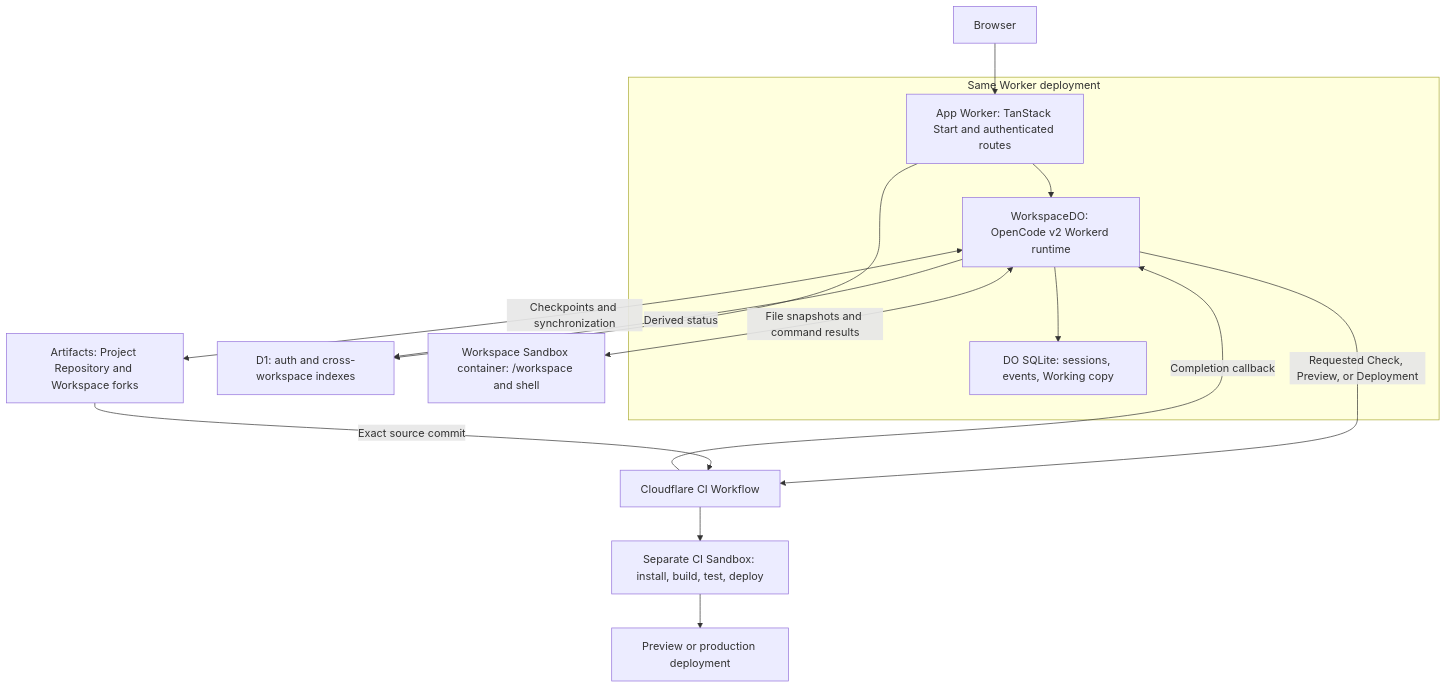
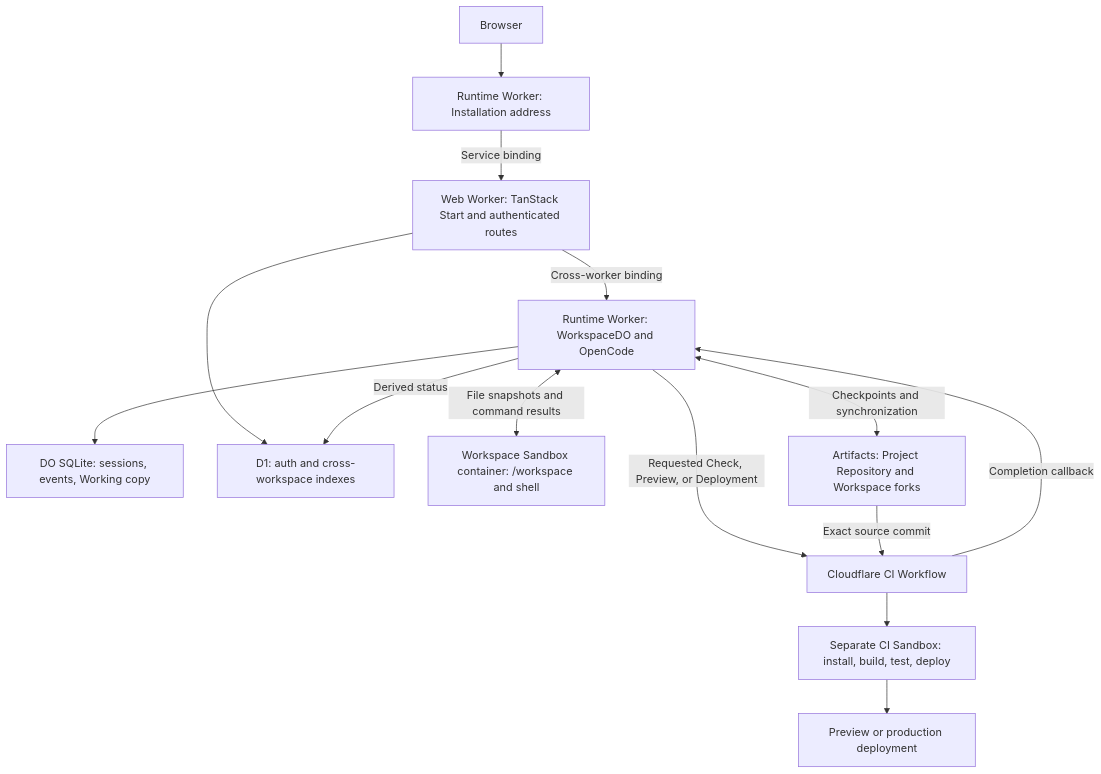
Before and after one commit to kcc989/sylph: the diagram in README.md, drawn with Mermaid. The commit also changed other lines of this file and 80 other files, not shown here.

First line of the commit message:
Separate web and runtime Workers and fix the release smoke path (#85)

````diff
--- a/README.md
+++ b/README.md
@@ -27,17 +27,16 @@
 ```mermaid
 flowchart TD
-    UI["Browser"] --> API["App Worker: TanStack Start and authenticated routes"]
-    subgraph APP["Same Worker deployment"]
-        API --> DO["WorkspaceDO: OpenCode v2 Workerd runtime"]
-        DO --> SQL["DO SQLite: sessions, events, Working copy"]
-    end
+    UI["Browser"] --> ENTRY["Runtime Worker: Installation address"]
+    ENTRY -->|"Service binding"| API["Web Worker: TanStack Start and authenticated routes"]
+    API -->|"Cross-worker binding"| DO["Runtime Worker: WorkspaceDO and OpenCode"]
+    DO --> SQL["DO SQLite: sessions, events, Working copy"]
     API --> D1["D1: auth and cross-workspace indexes"]
     DO -->|"Derived status"| D1
     DO <-->|"File snapshots and command results"| WS["Workspace Sandbox container: /workspace and shell"]
     DO <-->|"Checkpoints and synchronization"| AF["Artifacts: Project Repository and Workspace forks"]
     DO -->|"Requested Check, Preview, or Deployment"| CI["Cloudflare CI Workflow"]
     AF -->|"Exact source commit"| CI
     CI --> CS["Separate CI Sandbox: install, build, test, deploy"]
     CI -->|"Completion callback"| DO
     CS --> DEP["Preview or production deployment"]
 ```
````
